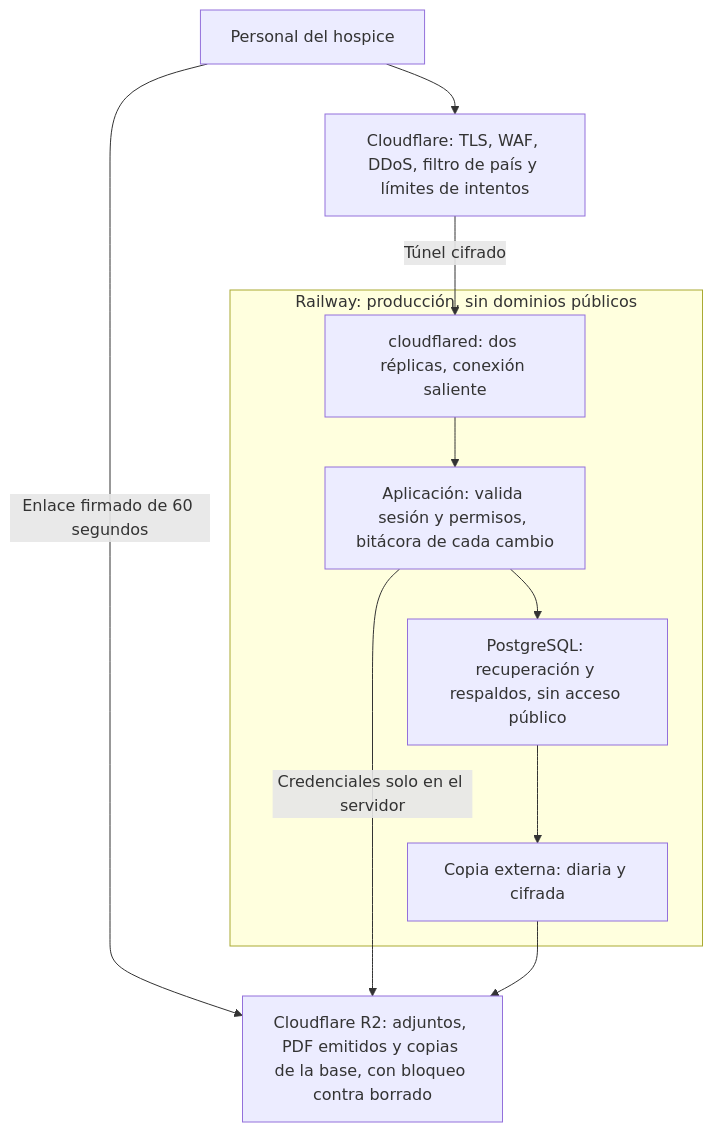
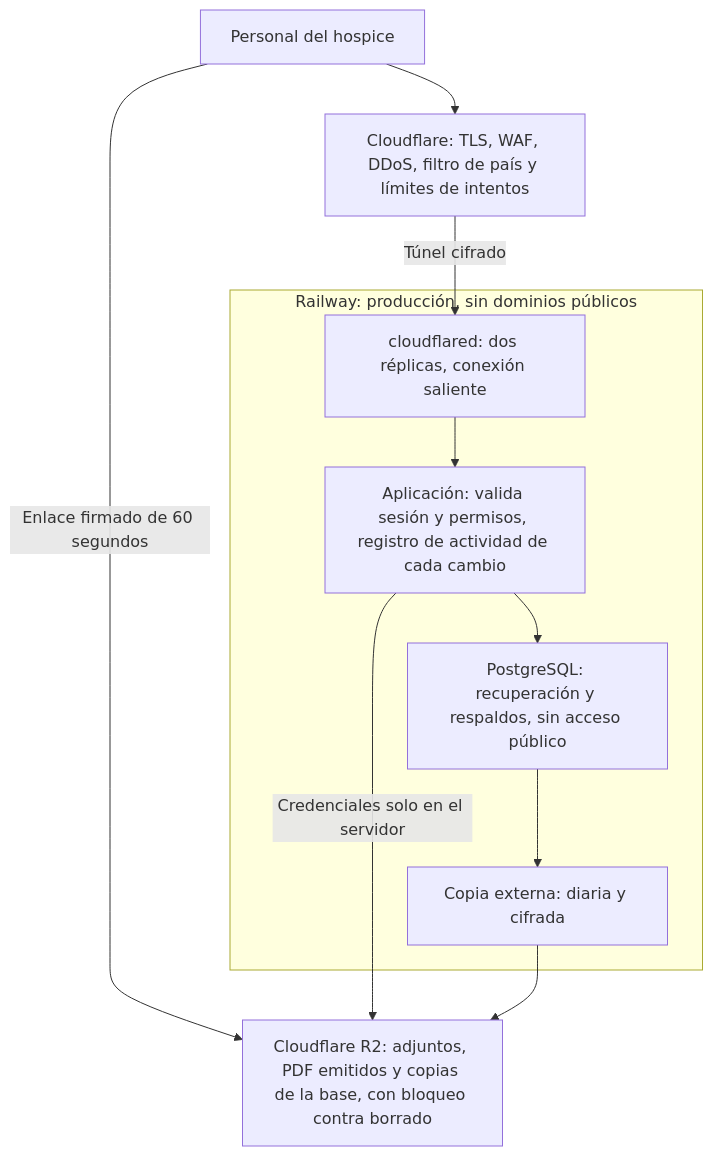
Before and after one commit to HospicareMTH/hospicare-web: the third of 3 diagrams in docs/ERS.md, drawn with Mermaid. The commit also changed other lines of this file and 71 other files, not shown here.

First line of the commit message:
feat(access): agrega el ingreso real, el registro de actividad y el shell autenticado

````diff
--- a/docs/ERS.md
+++ b/docs/ERS.md
@@ -876,13 +875,13 @@
 ```mermaid
 flowchart TD
   P[Personal del hospice] --> CF[Cloudflare: TLS, WAF, DDoS, filtro de país y límites de intentos]
   P -->|Enlace firmado de 60 segundos| R2[Cloudflare R2: adjuntos, PDF emitidos y copias de la base, con bloqueo contra borrado]
   subgraph Railway [Railway: producción, sin dominios públicos]
-    T[cloudflared: dos réplicas, conexión saliente] --> APP[Aplicación: valida sesión y permisos, bitácora de cada cambio]
+    T[cloudflared: dos réplicas, conexión saliente] --> APP[Aplicación: valida sesión y permisos, registro de actividad de cada cambio]
     APP --> PG[PostgreSQL: recuperación y respaldos, sin acceso público]
     PG --> BK[Copia externa: diaria y cifrada]
   end
   CF -->|Túnel cifrado| T
   APP -->|Credenciales solo en el servidor| R2
   BK --> R2
 ```
````
